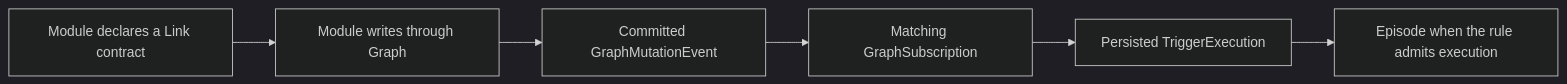
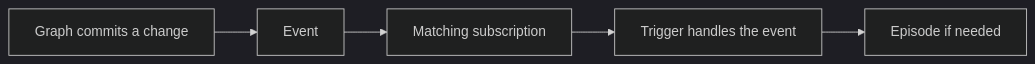
Before and after one commit to 0xmikko/magnis: the third of 3 diagrams in docs/vision.md, drawn with Mermaid (dark theme). The commit also changed other lines of this file and 1 other file, not shown here.

Commit message:
docs(graph): reduce subscriptions to two essential events

````diff
--- a/docs/vision.md
+++ b/docs/vision.md
@@ -2198,8 +2194,7 @@
 ```mermaid
 flowchart LR
-  M[Module declares a Link contract] --> G[Module writes through Graph]
-  G --> E[Committed GraphMutationEvent]
-  E --> S[Matching GraphSubscription]
-  S --> T[Persisted TriggerExecution]
-  T --> P[Episode when the rule admits execution]
+  G[Graph commits a change] --> E[Event]
+  E --> S[Matching subscription]
+  S --> T[Trigger handles the event]
+  T --> P[Episode if needed]
 ```
````
